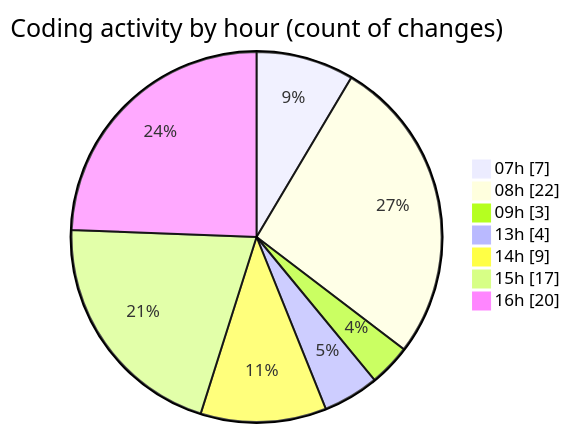
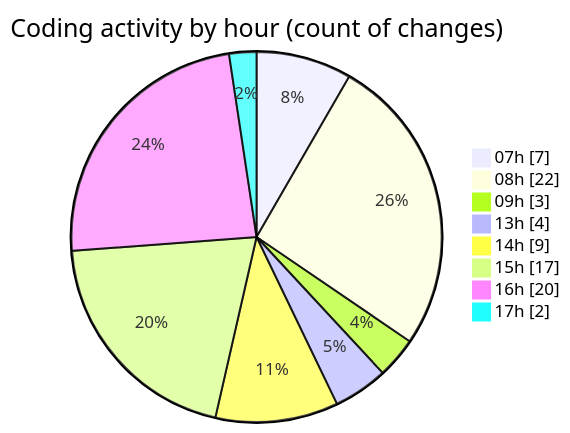
Before and after one commit to Elitesun/code-tracking: the second of 2 diagrams in 2025-05-04/niten/README.md, drawn with Mermaid. The commit also changed other lines of this file and 1 other file, not shown here.

````diff
--- a/2025-05-04/niten/README.md
+++ b/2025-05-04/niten/README.md
@@ -52,11 +53,12 @@
 ```mermaid
 pie showData
 title Coding activity by hour (count of changes)
 "07h" : 7
 "08h" : 22
 "09h" : 3
 "13h" : 4
 "14h" : 9
 "15h" : 17
 "16h" : 20
+"17h" : 2
 ```
````
